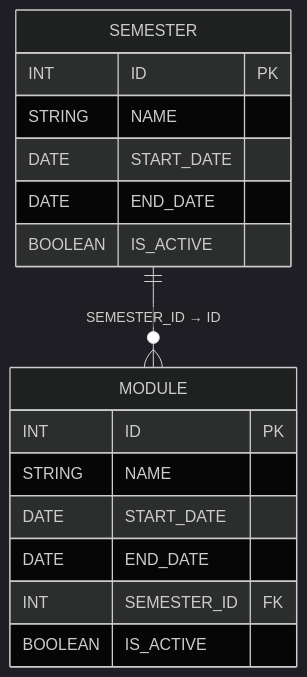
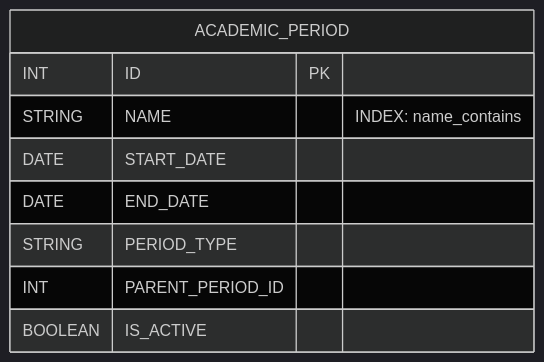
Before and after one commit to YuriSilenok/KPK_UP2_24-1P11: the diagram in S20/doc.md, drawn with Mermaid (dark theme).

````diff
--- a/S20/doc.md
+++ b/S20/doc.md
@@ -118,21 +118,12 @@
 ```mermaid
 erDiagram
-    SEMESTER {
+    ACADEMIC_PERIOD {
         INT ID PK
-        STRING NAME
+        STRING NAME "INDEX: name_contains"
         DATE START_DATE
         DATE END_DATE
+        STRING PERIOD_TYPE
+        INT PARENT_PERIOD_ID
         BOOLEAN IS_ACTIVE
     }
-
-    MODULE {
-        INT ID PK
-        STRING NAME
-        DATE START_DATE
-        DATE END_DATE
-        INT SEMESTER_ID FK
-        BOOLEAN IS_ACTIVE
-    }
-
-    SEMESTER ||--o{ MODULE : "SEMESTER_ID → ID"
 ```
````
